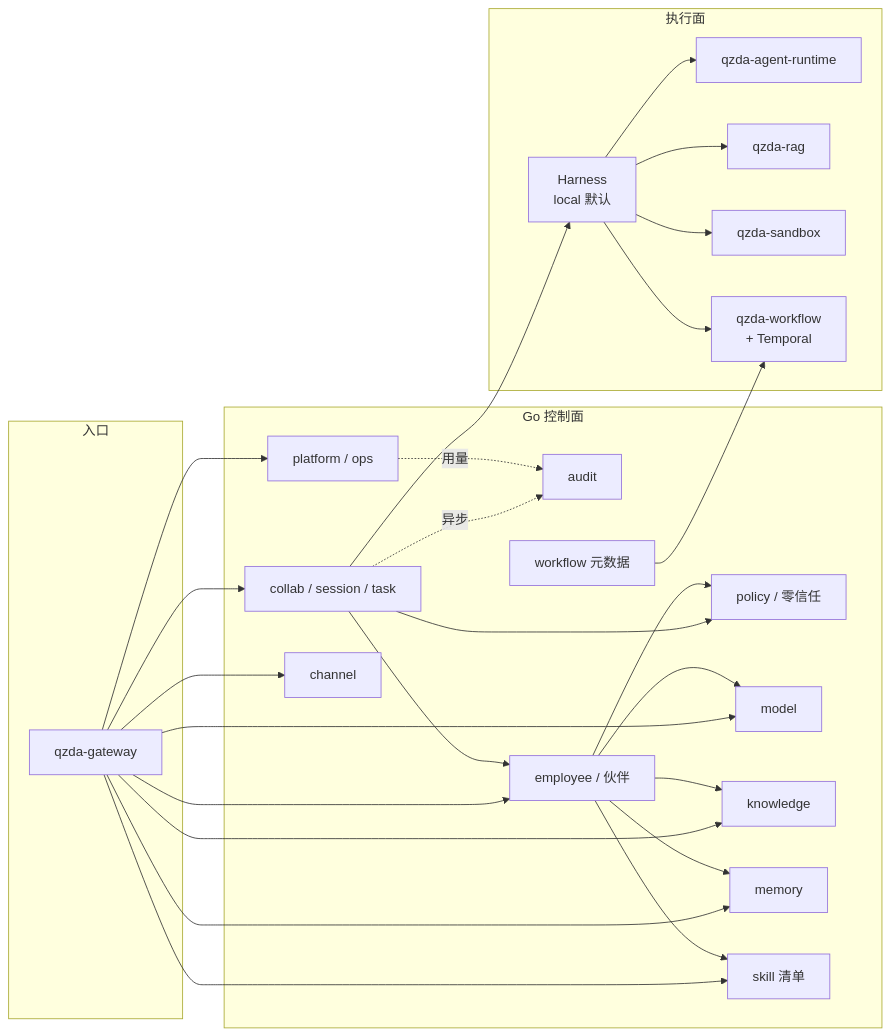
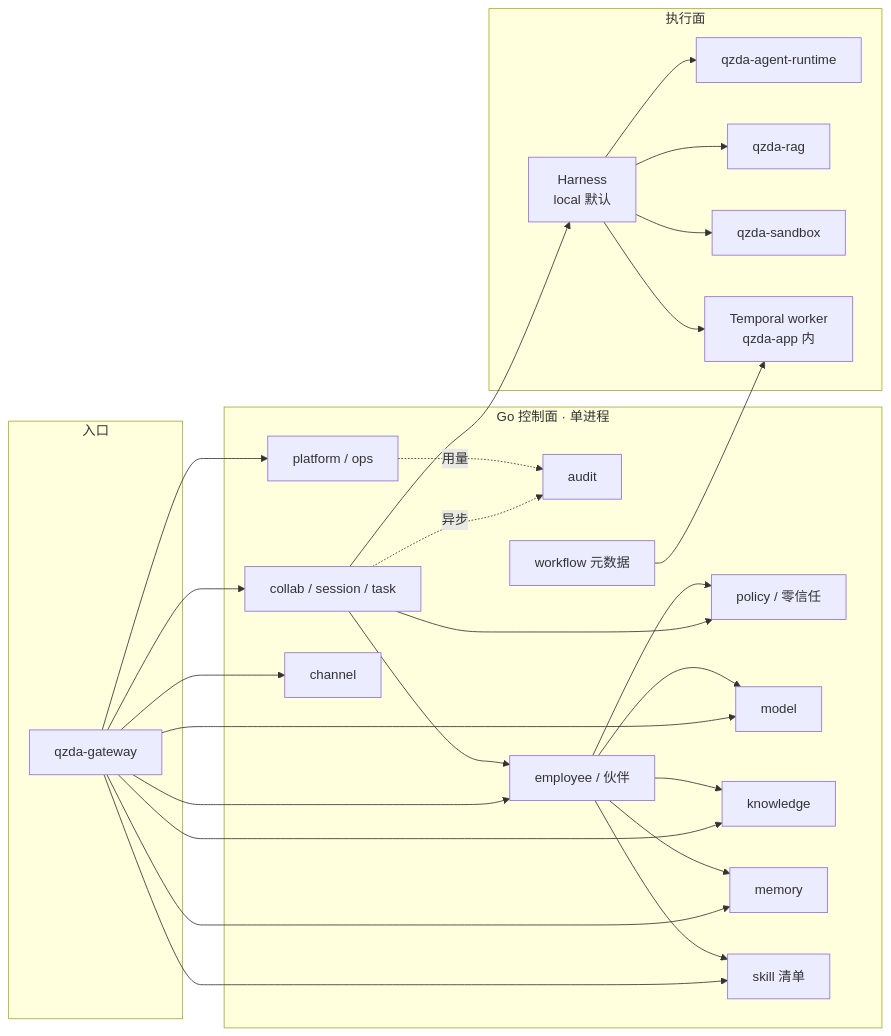
The second of 3 diagrams in backend/README.md (Lianjifu/QiZhiDaPartnerPlatform), drawn with Mermaid before and after one commit. The commit also changed other lines of this file and 131 other files, not shown here.

First line of the commit message:
refactor(monolith): M10 — collapse qzda-{sys,collab,cap,workflow,audit,policy} into qzda-app

````diff
--- a/backend/README.md
+++ b/backend/README.md
@@ -108,48 +92,48 @@
 ```mermaid
 flowchart LR
   subgraph Gateway["入口"]
     GW[qzda-gateway]
   end
 
-  subgraph Control["Go 控制面"]
+  subgraph Control["Go 控制面 · 单进程"]
     PLAT[platform / ops]
     POL[policy / 零信任]
     AUD[audit]
     COLL[collab / session / task]
     EMP[employee / 伙伴]
     MOD[model]
     KNOW[knowledge]
     MEM[memory]
     SKILL_META[skill 清单]
     CHAN[channel]
     FLOW_META[workflow 元数据]
   end
 
   subgraph Exec["执行面"]
     HARN[Harness<br/>local 默认]
     AGENT[qzda-agent-runtime]
     RAG[qzda-rag]
     SKRT[qzda-sandbox]
-    TEMP[qzda-workflow<br/>+ Temporal]
+    TEMP[Temporal worker<br/>qzda-app 内]
   end
 
   GW --> PLAT
   GW --> COLL
   GW --> EMP
   GW --> MOD & KNOW & MEM & SKILL_META & CHAN
 
   COLL --> POL
   EMP --> POL
   COLL --> EMP
   EMP --> MOD & KNOW & MEM & SKILL_META
 
   COLL --> HARN
   HARN --> AGENT
   HARN --> RAG
   HARN --> SKRT
   HARN --> TEMP
   FLOW_META --> TEMP
 
   COLL -.异步.-> AUD
   PLAT -.用量.-> AUD
 ```
````
